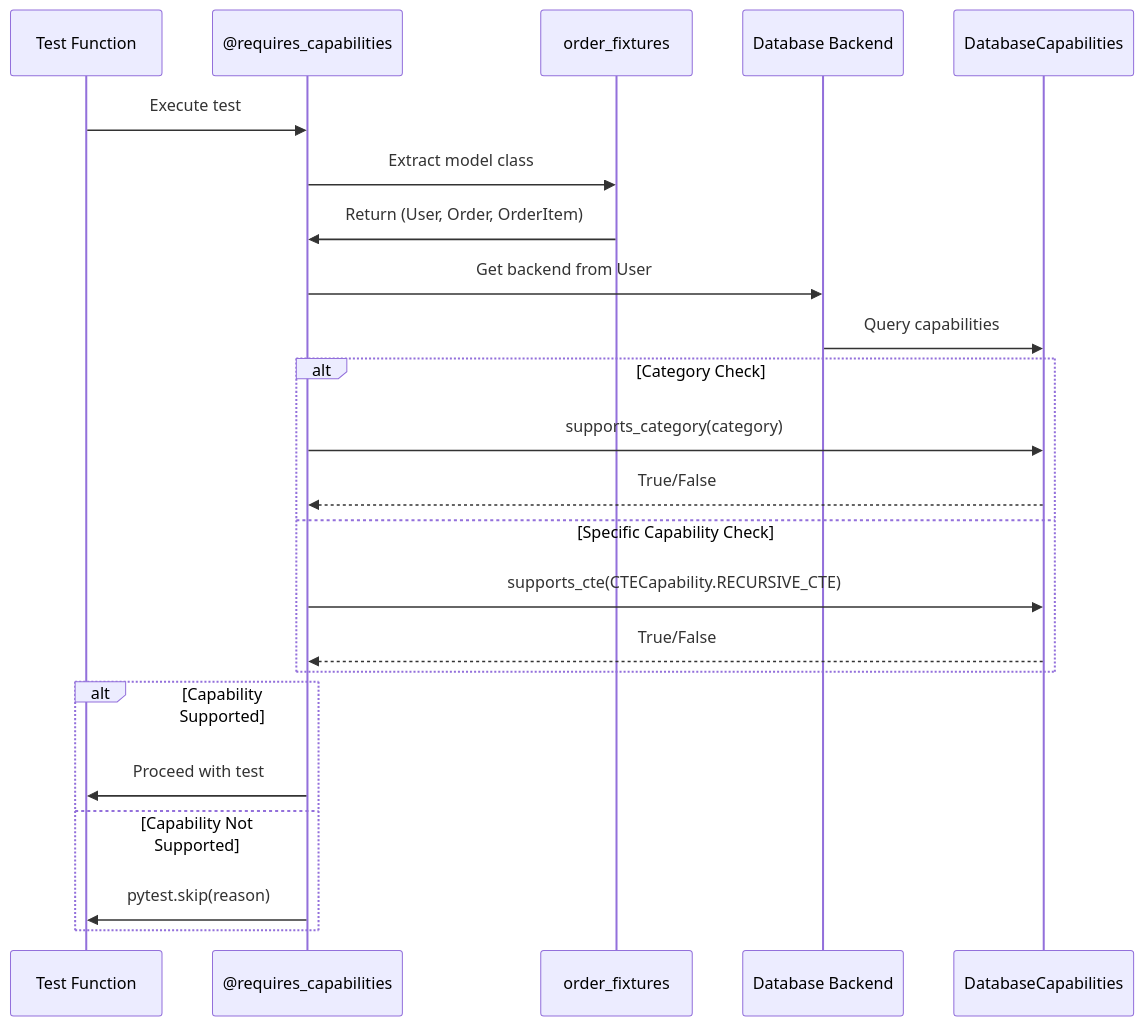
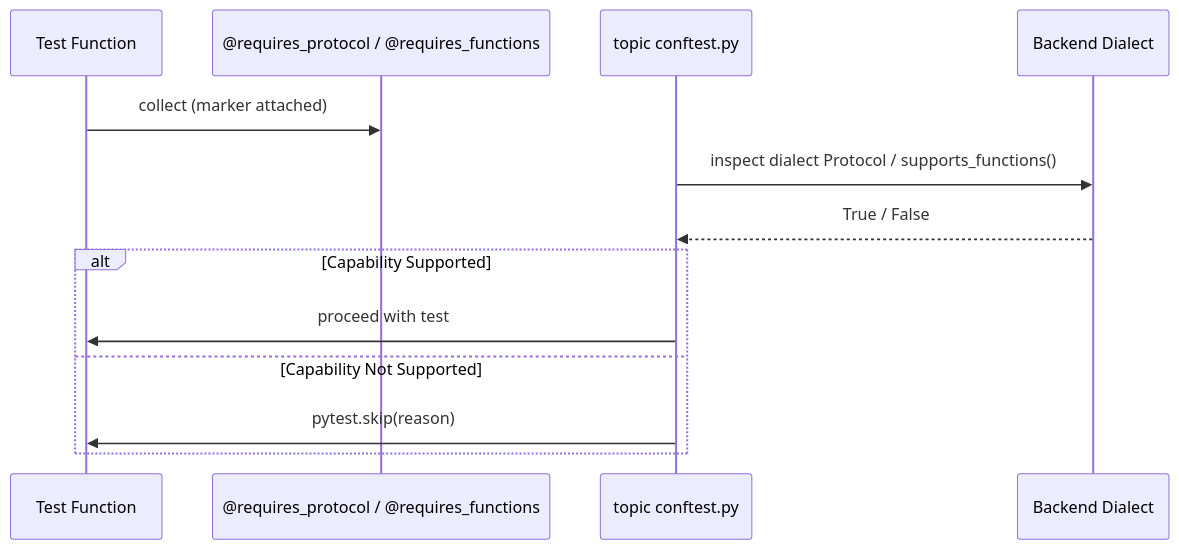
One commit to rhosocial/python-activerecord-testsuite changed the diagram in docs/en_US/configuration.md. Above: the diagram before and after it, drawn with Mermaid. The commit also changed other lines of this file and 5 other files, not shown here.

First line of the commit message:
docs: update capability and provider API references in test suite docs

````diff
--- a/docs/en_US/configuration.md
+++ b/docs/en_US/configuration.md
@@ -245,28 +199,17 @@
 ```mermaid
 sequenceDiagram
     participant Test as Test Function
-    participant Decorator as @requires_capabilities
-    participant Fixture as order_fixtures
-    participant Backend as Database Backend
-    participant Caps as DatabaseCapabilities
+    participant Marker as @requires_protocol / @requires_functions
+    participant Conftest as topic conftest.py
+    participant Dialect as Backend Dialect
     
-    Test->>Decorator: Execute test
-    Decorator->>Fixture: Extract model class
-    Fixture->>Decorator: Return (User, Order, OrderItem)
-    Decorator->>Backend: Get backend from User
-    Backend->>Caps: Query capabilities
-    
-    alt Category Check
-        Decorator->>Caps: supports_category(category)
-        Caps-->>Decorator: True/False
-    else Specific Capability Check
-        Decorator->>Caps: supports_cte(CTECapability.RECURSIVE_CTE)
-        Caps-->>Decorator: True/False
-    end
+    Test->>Marker: collect (marker attached)
+    Conftest->>Dialect: inspect dialect Protocol / supports_functions()
+    Dialect-->>Conftest: True / False
     
     alt Capability Supported
-        Decorator->>Test: Proceed with test
+        Conftest->>Test: proceed with test
     else Capability Not Supported
-        Decorator->>Test: pytest.skip(reason)
+        Conftest->>Test: pytest.skip(reason)
     end
 ```
````
